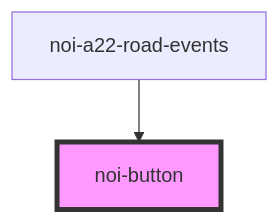
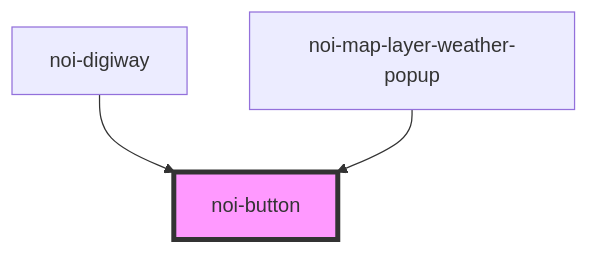
The diagram in src/blocks/button/readme.md (MaxXx1313/webcomp-digiway), drawn with Mermaid before and after one commit. The commit also changed other lines of this file and 12 other files, not shown here.

````diff
--- a/src/blocks/button/readme.md
+++ b/src/blocks/button/readme.md
@@ -56,5 +57,6 @@
 ```mermaid
 graph TD;
-  noi-a22-road-events --> noi-button
+  noi-digiway --> noi-button
+  noi-map-layer-weather-popup --> noi-button
   style noi-button fill:#f9f,stroke:#333,stroke-width:4px
 ```
````
